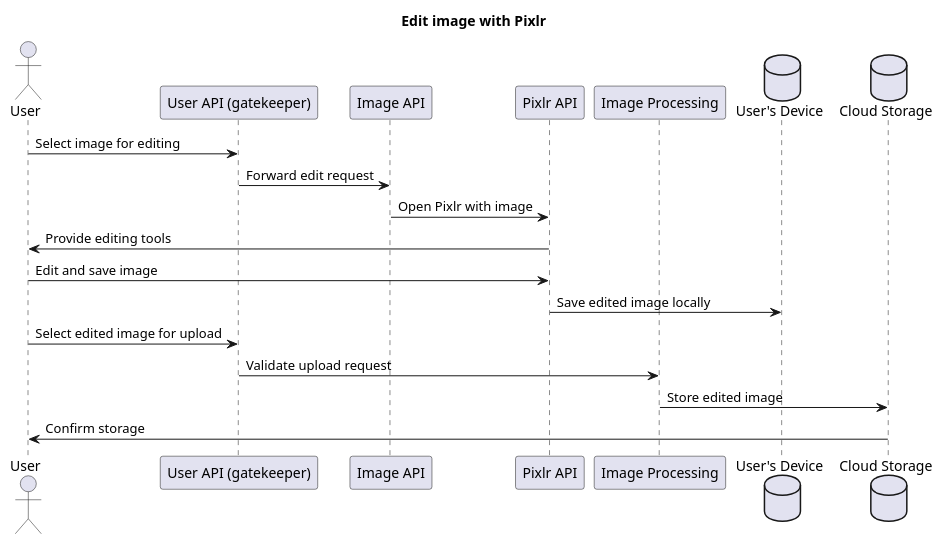
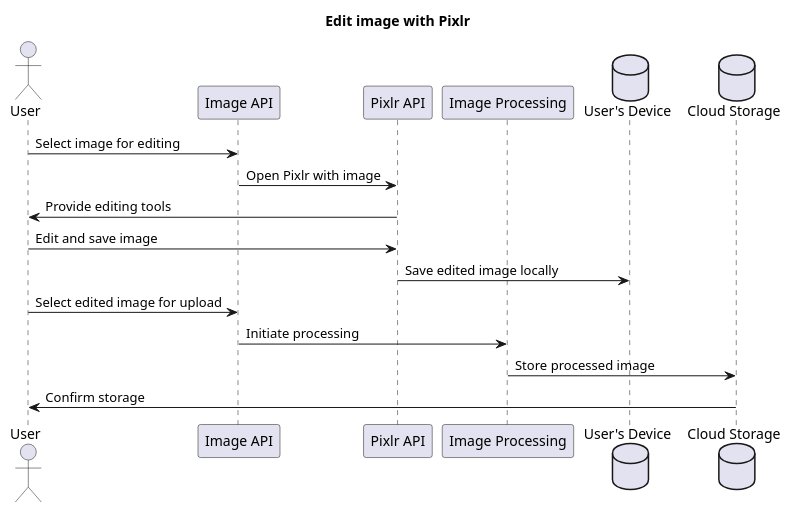
The diagram in uml/pixlrUpload.plantuml (CMarquetand/swarc-material), drawn with PlantUML before and after one commit. The commit also changed 6 other files, not shown here.

Commit message:
adjust sequence diagrams and technical context without gatekeeper api

```diff
--- a/uml/pixlrUpload.plantuml
+++ b/uml/pixlrUpload.plantuml
@@ -1,22 +1,20 @@
 @startuml Edit image with Pixlr
     title Edit image with Pixlr
 
     actor User
-    participant "User API (gatekeeper)" as U
     participant "Image API" as I
     participant "Pixlr API" as P
     participant "Image Processing" as IP
     database "User's Device" as Device
     database "Cloud Storage" as FS
 
-    User -> U: Select image for editing
-    U -> I: Forward edit request
+    User -> I: Select image for editing
     I -> P: Open Pixlr with image
     P -> User: Provide editing tools
     User -> P: Edit and save image
     P -> Device: Save edited image locally
-    User -> U: Select edited image for upload
-    U -> IP: Validate upload request
-    IP -> FS: Store edited image
+    User -> I: Select edited image for upload
+    I -> IP: Initiate processing
+    IP -> FS: Store processed image
     FS -> User: Confirm storage
 @enduml
```
